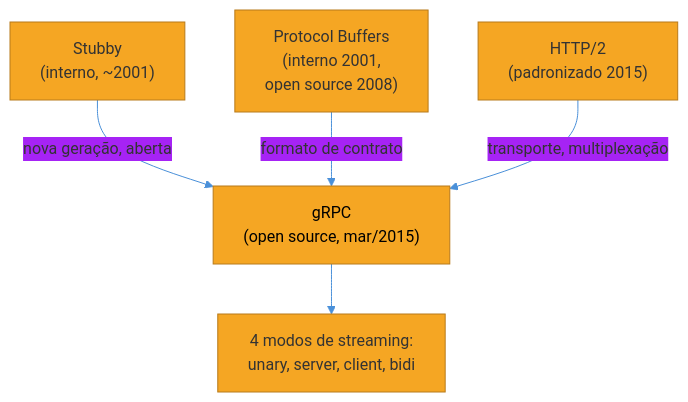
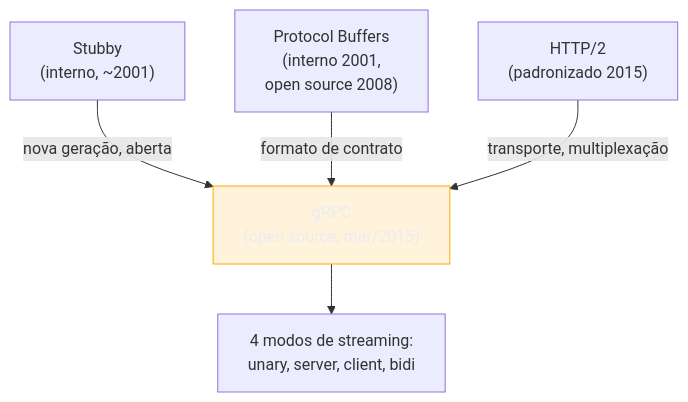
Before and after one commit to josenaldo/codex-technomanticus: the second of 2 diagrams in 03-Dominios/Engenharia/Comunicação entre Sistemas/1 - Panorama e decisão/03 - A era REST, GraphQL, gRPC.md, drawn with Mermaid. The commit also changed other lines of this file and 1181 other files, not shown here.

First line of the commit message:
fix(diagramas): paleta do sistema no lugar de cor cravada no markdown

````diff
--- a/03-Dominios/Engenharia/Comunicação entre Sistemas/1 - Panorama e decisão/03 - A era REST, GraphQL, gRPC.md
+++ b/03-Dominios/Engenharia/Comunicação entre Sistemas/1 - Panorama e decisão/03 - A era REST, GraphQL, gRPC.md
@@ -113,9 +114,9 @@
 ```mermaid
-%%{init: {"theme": "base", "themeVariables": {"primaryColor": "#F5A623", "primaryBorderColor": "#B87A1A", "lineColor": "#4A90D9"}}}%%
 graph TD
+    classDef destaque fill:#FFAA0024,stroke:#FFAA00,color:#E9ECF2
     STUBBY["Stubby<br/>(interno, ~2001)"] -->|"nova geração, aberta"| GRPC["gRPC<br/>(open source, mar/2015)"]
     PROTO["Protocol Buffers<br/>(interno 2001,<br/>open source 2008)"] -->|"formato de contrato"| GRPC
     HTTP2["HTTP/2<br/>(padronizado 2015)"] -->|"transporte, multiplexação"| GRPC
     GRPC --> STREAM["4 modos de streaming:<br/>unary, server, client, bidi"]
-    style GRPC fill:#F5A623,color:#000
+    class GRPC destaque
 ```
````
